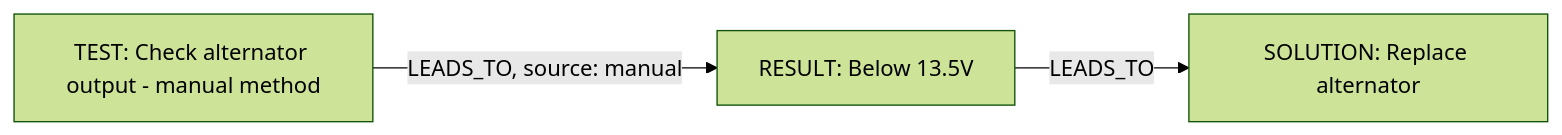
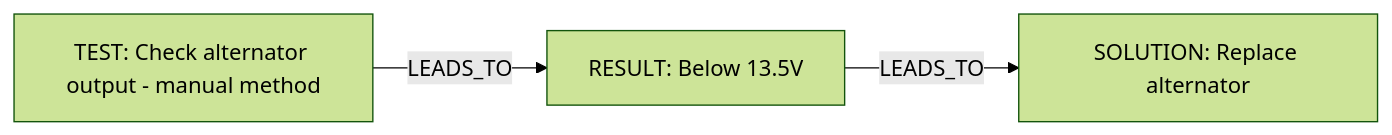
Before and after one commit to vjeeva/connected-diagnostics: the fourth of 16 diagrams in .cursor/plans/diagnostic_knowledge_system_c18065b2.plan.md, drawn with Mermaid (forest theme). The commit also changed other lines of this file, not shown here.

````diff
--- a/.cursor/plans/diagnostic_knowledge_system_c18065b2.plan.md
+++ b/.cursor/plans/diagnostic_knowledge_system_c18065b2.plan.md
@@ -307,9 +393,9 @@
 ```mermaid
 flowchart LR
     T1["TEST: Check alternator output - manual method"]
     R1["RESULT: Below 13.5V"]
     SOL["SOLUTION: Replace alternator"]
 
-    T1 -->|"LEADS_TO, source: manual"| R1
+    T1 -->|"LEADS_TO"| R1
     R1 -->|"LEADS_TO"| SOL
 ```
````
